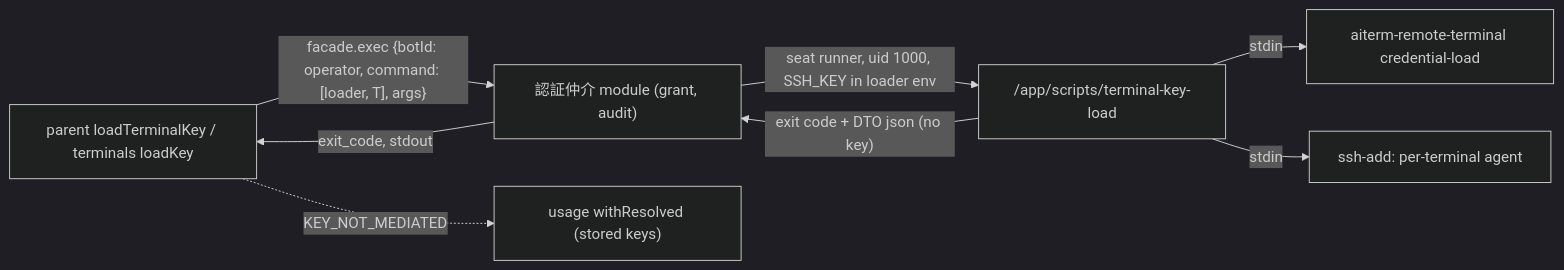
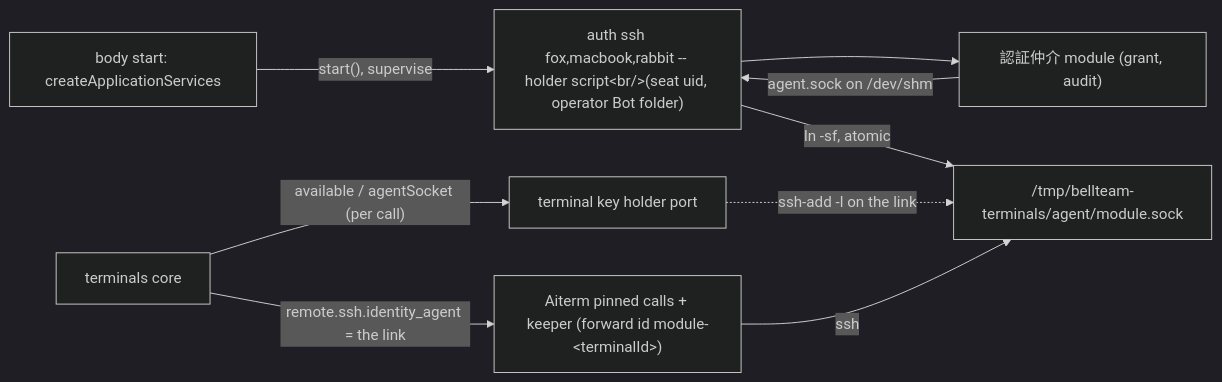
One commit to kitepon/BellTeam changed the second of 9 diagrams in docs/architecture/modules/execution/remote-seat.md. Above: the diagram before and after it, drawn with Mermaid (dark theme). The commit also changed other lines of this file and 9 other files, not shown here.

First line of the commit message:
execution: terminal keys come from the module ssh agent (holder + agentSocket), terminal-key-load removed

````diff
--- a/docs/architecture/modules/execution/remote-seat.md
+++ b/docs/architecture/modules/execution/remote-seat.md
@@ -77,10 +77,11 @@
 ```mermaid
 flowchart LR
-  LTK["parent loadTerminalKey / terminals loadKey"] -->|"facade.exec {botId: operator, command: [loader, T], args}"| Mod["認証仲介 module (grant, audit)"]
-  Mod -->|"seat runner, uid 1000, SSH_KEY in loader env"| Loader["/app/scripts/terminal-key-load"]
-  Loader -->|"stdin"| CL["aiterm-remote-terminal credential-load"]
-  Loader -->|"stdin"| AG["ssh-add: per-terminal agent"]
-  Loader -->|"exit code + DTO json (no key)"| Mod
-  Mod -->|"exit_code, stdout"| LTK
-  LTK -.->|"KEY_NOT_MEDIATED"| Usage["usage withResolved (stored keys)"]
+  Body["body start: createApplicationServices"] -->|"start(), supervise"| Holder["auth ssh fox,macbook,rabbit -- holder script&lt;br/&gt;(seat uid, operator Bot folder)"]
+  Holder --> Mod["認証仲介 module (grant, audit)"]
+  Mod -->|"agent.sock on /dev/shm"| Holder
+  Holder -->|"ln -sf, atomic"| Link["/tmp/bellteam-terminals/agent/module.sock"]
+  Terminals["terminals core"] -->|"available / agentSocket (per call)"| Port["terminal key holder port"]
+  Port -.->|"ssh-add -l on the link"| Link
+  Terminals -->|"remote.ssh.identity_agent = the link"| Aiterm["Aiterm pinned calls + keeper (forward id module-&lt;terminalId&gt;)"]
+  Aiterm -->|"ssh"| Link
 ```
````
